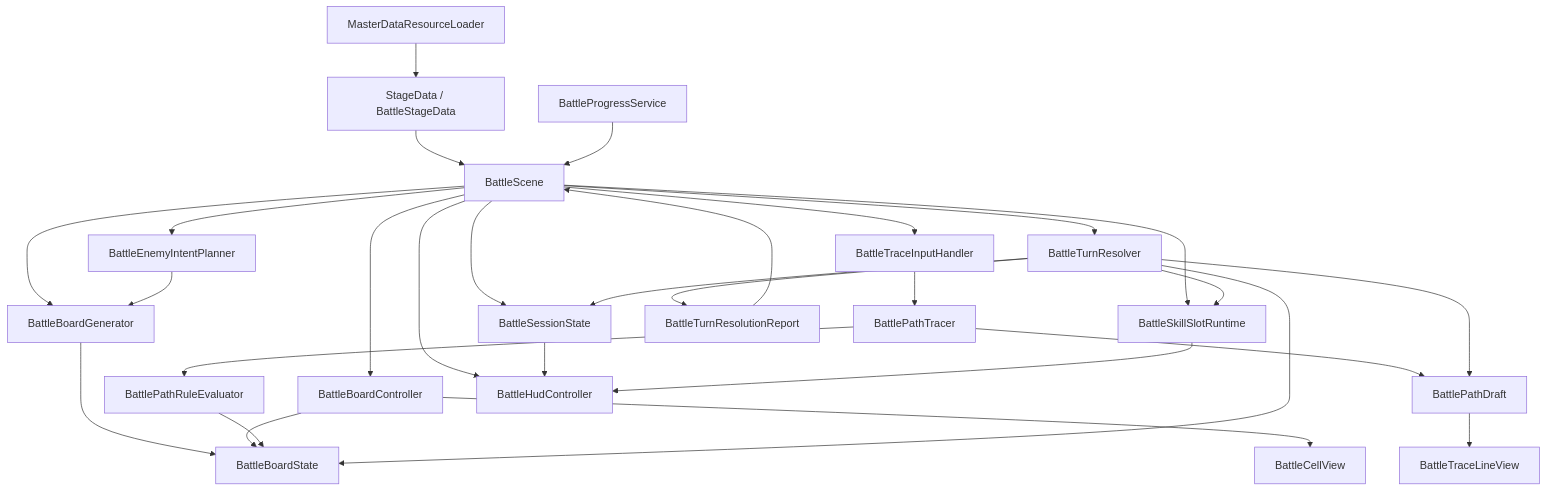
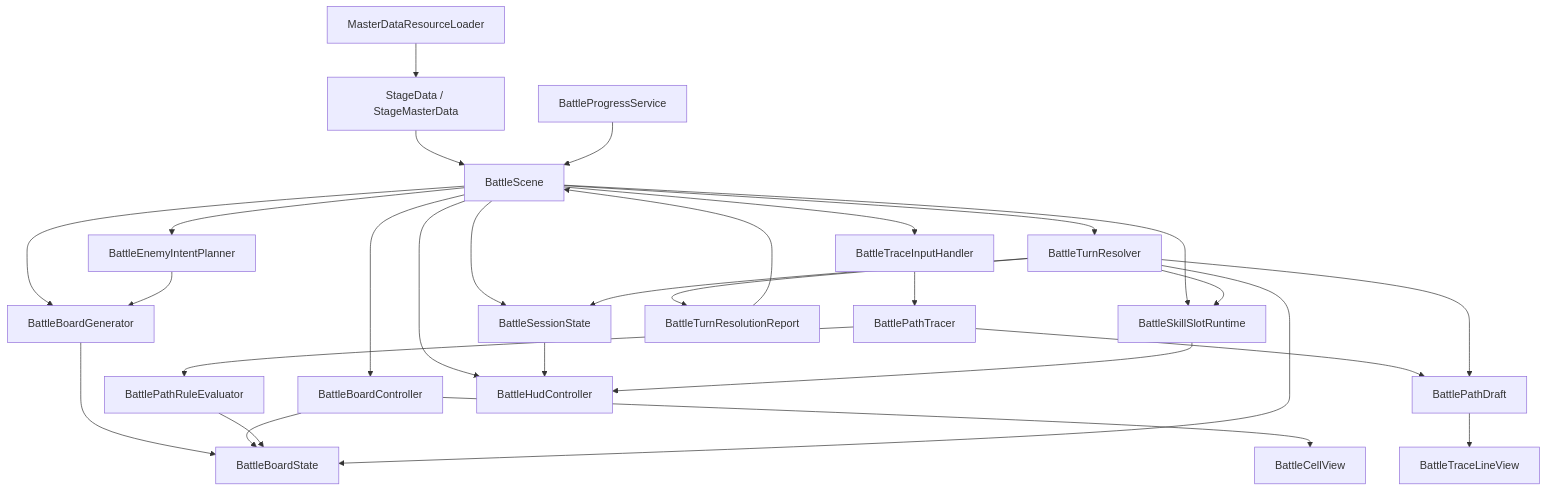
One commit to cosugi89/Original changed the diagram in docs/path-activation-system-v2-spec.md. Above: the diagram before and after it, drawn with Mermaid. The commit also changed other lines of this file and 1 other file, not shown here.

````diff
--- a/docs/path-activation-system-v2-spec.md
+++ b/docs/path-activation-system-v2-spec.md
@@ -723,51 +874,51 @@
 ```mermaid
 graph TD
     Loader["MasterDataResourceLoader"]
-    StageDTO["StageData / BattleStageData"]
+    StageDTO["StageData / StageMasterData"]
     Progress["BattleProgressService"]
     Scene["BattleScene"]
     Planner["BattleEnemyIntentPlanner"]
     Generator["BattleBoardGenerator"]
     Session["BattleSessionState"]
     Board["BattleBoardState"]
     Skill["BattleSkillSlotRuntime"]
     Input["BattleTraceInputHandler"]
     Tracer["BattlePathTracer"]
     Rules["BattlePathRuleEvaluator"]
     Draft["BattlePathDraft"]
     Resolver["BattleTurnResolver"]
     Report["BattleTurnResolutionReport"]
     BoardCtrl["BattleBoardController"]
     Hud["BattleHudController"]
     Cell["BattleCellView"]
     Line["BattleTraceLineView"]
 
     Loader --> StageDTO
     StageDTO --> Scene
     Progress --> Scene
     Scene --> Planner
     Scene --> Generator
     Scene --> Session
     Scene --> Skill
     Planner --> Generator
     Generator --> Board
     Scene --> BoardCtrl
     Scene --> Hud
     BoardCtrl --> Board
     BoardCtrl --> Cell
     Input --> Tracer
     Tracer --> Rules
     Tracer --> Draft
     Rules --> Board
     Scene --> Input
     Scene --> Resolver
     Resolver --> Board
     Resolver --> Draft
     Resolver --> Session
     Resolver --> Skill
     Resolver --> Report
     Report --> Scene
     Draft --> Line
     Session --> Hud
     Skill --> Hud
 ```
````
